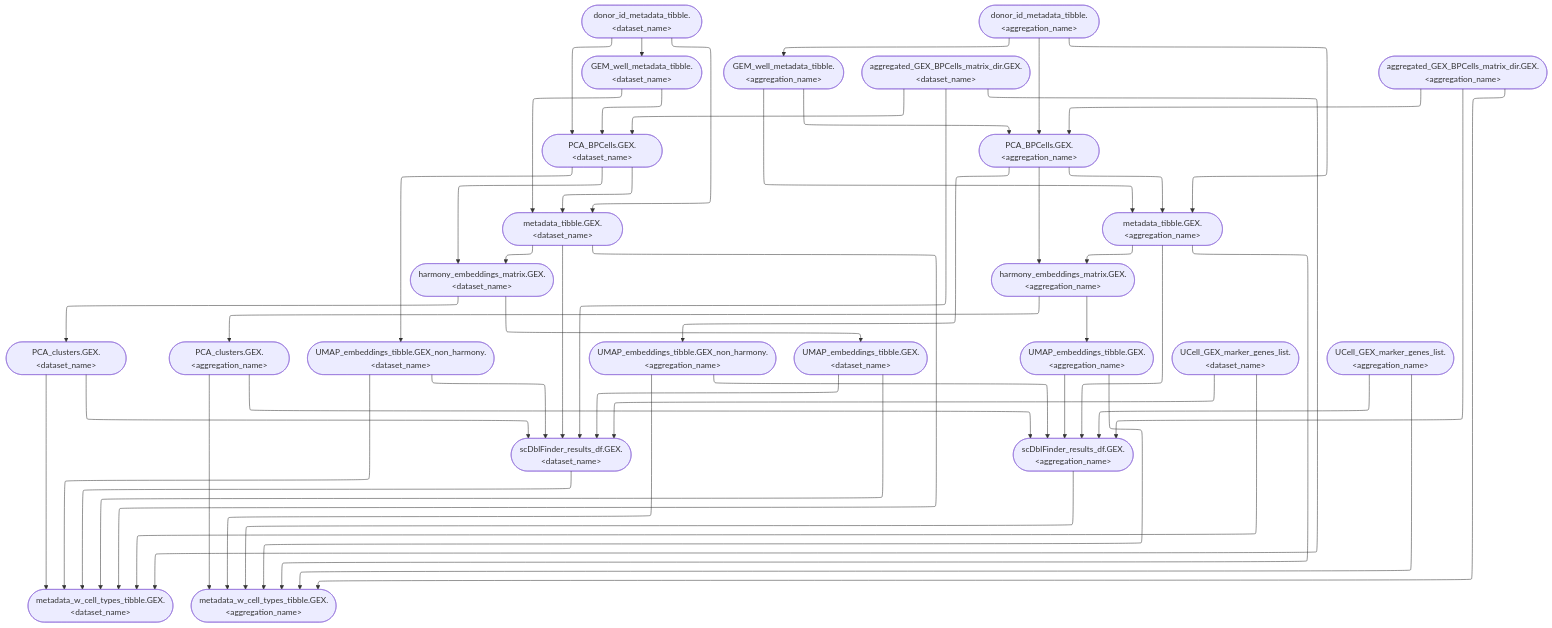
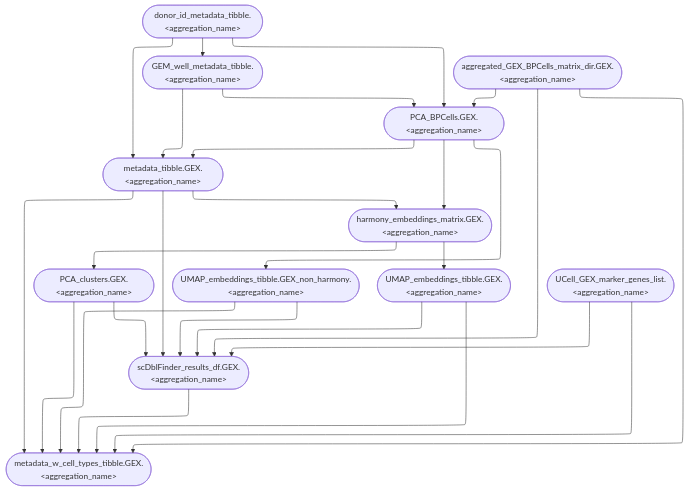
The diagram in website/figures/human_curated/GEX_v2.mmd (koefoeden/multiomeR), drawn with Mermaid before and after one commit. The commit also changed 22 other files, not shown here.

```diff
--- a/website/figures/human_curated/GEX_v2.mmd
+++ b/website/figures/human_curated/GEX_v2.mmd
@@ -1,52 +1,27 @@
 %%{init: {'flowchart': {'defaultRenderer': 'elk'}}}%%
 flowchart TB
-  donor_id_metadata_tibble.muscle(["donor_id_metadata_tibble.&lt;dataset_name&gt;"]):::none --> GEM_well_metadata_tibble.muscle(["GEM_well_metadata_tibble.&lt;dataset_name&gt;"]):::none
-  donor_id_metadata_tibble.muscle_test(["donor_id_metadata_tibble.&lt;aggregation_name&gt;"]):::none --> GEM_well_metadata_tibble.muscle_test(["GEM_well_metadata_tibble.&lt;aggregation_name&gt;"]):::none
-  metadata_tibble.GEX.muscle(["metadata_tibble.GEX.&lt;dataset_name&gt;"]):::none --> harmony_embeddings_matrix.GEX.muscle(["harmony_embeddings_matrix.GEX.&lt;dataset_name&gt;"]):::none
-  PCA_BPCells.GEX.muscle(["PCA_BPCells.GEX.&lt;dataset_name&gt;"]):::none --> harmony_embeddings_matrix.GEX.muscle(["harmony_embeddings_matrix.GEX.&lt;dataset_name&gt;"]):::none
-  PCA_BPCells.GEX.muscle_test(["PCA_BPCells.GEX.&lt;aggregation_name&gt;"]):::none --> harmony_embeddings_matrix.GEX.muscle_test(["harmony_embeddings_matrix.GEX.&lt;aggregation_name&gt;"]):::none
-  metadata_tibble.GEX.muscle_test(["metadata_tibble.GEX.&lt;aggregation_name&gt;"]):::none --> harmony_embeddings_matrix.GEX.muscle_test(["harmony_embeddings_matrix.GEX.&lt;aggregation_name&gt;"]):::none
-  donor_id_metadata_tibble.muscle(["donor_id_metadata_tibble.&lt;dataset_name&gt;"]):::none --> metadata_tibble.GEX.muscle(["metadata_tibble.GEX.&lt;dataset_name&gt;"]):::none
-  GEM_well_metadata_tibble.muscle(["GEM_well_metadata_tibble.&lt;dataset_name&gt;"]):::none --> metadata_tibble.GEX.muscle(["metadata_tibble.GEX.&lt;dataset_name&gt;"]):::none
-  PCA_BPCells.GEX.muscle(["PCA_BPCells.GEX.&lt;dataset_name&gt;"]):::none --> metadata_tibble.GEX.muscle(["metadata_tibble.GEX.&lt;dataset_name&gt;"]):::none
-  GEM_well_metadata_tibble.muscle_test(["GEM_well_metadata_tibble.&lt;aggregation_name&gt;"]):::none --> metadata_tibble.GEX.muscle_test(["metadata_tibble.GEX.&lt;aggregation_name&gt;"]):::none
-  donor_id_metadata_tibble.muscle_test(["donor_id_metadata_tibble.&lt;aggregation_name&gt;"]):::none --> metadata_tibble.GEX.muscle_test(["metadata_tibble.GEX.&lt;aggregation_name&gt;"]):::none
-  PCA_BPCells.GEX.muscle_test(["PCA_BPCells.GEX.&lt;aggregation_name&gt;"]):::none --> metadata_tibble.GEX.muscle_test(["metadata_tibble.GEX.&lt;aggregation_name&gt;"]):::none
-  scDblFinder_results_df.GEX.muscle(["scDblFinder_results_df.GEX.&lt;dataset_name&gt;"]):::none --> metadata_w_cell_types_tibble.GEX.muscle(["metadata_w_cell_types_tibble.GEX.&lt;dataset_name&gt;"]):::none
-  scDblFinder_results_df.GEX.muscle_test(["scDblFinder_results_df.GEX.&lt;aggregation_name&gt;"]):::none --> metadata_w_cell_types_tibble.GEX.muscle_test(["metadata_w_cell_types_tibble.GEX.&lt;aggregation_name&gt;"]):::none
-  donor_id_metadata_tibble.muscle(["donor_id_metadata_tibble.&lt;dataset_name&gt;"]):::none --> PCA_BPCells.GEX.muscle(["PCA_BPCells.GEX.&lt;dataset_name&gt;"]):::none
-  GEM_well_metadata_tibble.muscle(["GEM_well_metadata_tibble.&lt;dataset_name&gt;"]):::none --> PCA_BPCells.GEX.muscle(["PCA_BPCells.GEX.&lt;dataset_name&gt;"]):::none
-  donor_id_metadata_tibble.muscle_test(["donor_id_metadata_tibble.&lt;aggregation_name&gt;"]):::none --> PCA_BPCells.GEX.muscle_test(["PCA_BPCells.GEX.&lt;aggregation_name&gt;"]):::none
-  GEM_well_metadata_tibble.muscle_test(["GEM_well_metadata_tibble.&lt;aggregation_name&gt;"]):::none --> PCA_BPCells.GEX.muscle_test(["PCA_BPCells.GEX.&lt;aggregation_name&gt;"]):::none
-  harmony_embeddings_matrix.GEX.muscle(["harmony_embeddings_matrix.GEX.&lt;dataset_name&gt;"]):::none --> PCA_clusters.GEX.muscle(["PCA_clusters.GEX.&lt;dataset_name&gt;"]):::none
-  harmony_embeddings_matrix.GEX.muscle_test(["harmony_embeddings_matrix.GEX.&lt;aggregation_name&gt;"]):::none --> PCA_clusters.GEX.muscle_test(["PCA_clusters.GEX.&lt;aggregation_name&gt;"]):::none
-  PCA_BPCells.GEX.muscle(["PCA_BPCells.GEX.&lt;dataset_name&gt;"]):::none --> UMAP_embeddings_tibble.GEX_non_harmony.muscle(["UMAP_embeddings_tibble.GEX_non_harmony.&lt;dataset_name&gt;"]):::none
-  PCA_BPCells.GEX.muscle_test(["PCA_BPCells.GEX.&lt;aggregation_name&gt;"]):::none --> UMAP_embeddings_tibble.GEX_non_harmony.muscle_test(["UMAP_embeddings_tibble.GEX_non_harmony.&lt;aggregation_name&gt;"]):::none
-  harmony_embeddings_matrix.GEX.muscle(["harmony_embeddings_matrix.GEX.&lt;dataset_name&gt;"]):::none --> UMAP_embeddings_tibble.GEX.muscle(["UMAP_embeddings_tibble.GEX.&lt;dataset_name&gt;"]):::none
-  harmony_embeddings_matrix.GEX.muscle_test(["harmony_embeddings_matrix.GEX.&lt;aggregation_name&gt;"]):::none --> UMAP_embeddings_tibble.GEX.muscle_test(["UMAP_embeddings_tibble.GEX.&lt;aggregation_name&gt;"]):::none
-  aggregated_GEX_BPCells_matrix_dir.GEX.muscle(["aggregated_GEX_BPCells_matrix_dir.GEX.&lt;dataset_name&gt;"]):::none --> PCA_BPCells.GEX.muscle(["PCA_BPCells.GEX.&lt;dataset_name&gt;"]):::none
-  aggregated_GEX_BPCells_matrix_dir.GEX.muscle(["aggregated_GEX_BPCells_matrix_dir.GEX.&lt;dataset_name&gt;"]):::none --> metadata_w_cell_types_tibble.GEX.muscle(["metadata_w_cell_types_tibble.GEX.&lt;dataset_name&gt;"]):::none
-  aggregated_GEX_BPCells_matrix_dir.GEX.muscle(["aggregated_GEX_BPCells_matrix_dir.GEX.&lt;dataset_name&gt;"]):::none --> scDblFinder_results_df.GEX.muscle(["scDblFinder_results_df.GEX.&lt;dataset_name&gt;"]):::none
-  aggregated_GEX_BPCells_matrix_dir.GEX.muscle_test(["aggregated_GEX_BPCells_matrix_dir.GEX.&lt;aggregation_name&gt;"]):::none --> PCA_BPCells.GEX.muscle_test(["PCA_BPCells.GEX.&lt;aggregation_name&gt;"]):::none
-  aggregated_GEX_BPCells_matrix_dir.GEX.muscle_test(["aggregated_GEX_BPCells_matrix_dir.GEX.&lt;aggregation_name&gt;"]):::none --> metadata_w_cell_types_tibble.GEX.muscle_test(["metadata_w_cell_types_tibble.GEX.&lt;aggregation_name&gt;"]):::none
-  aggregated_GEX_BPCells_matrix_dir.GEX.muscle_test(["aggregated_GEX_BPCells_matrix_dir.GEX.&lt;aggregation_name&gt;"]):::none --> scDblFinder_results_df.GEX.muscle_test(["scDblFinder_results_df.GEX.&lt;aggregation_name&gt;"]):::none
-  UCell_GEX_marker_genes_list.muscle(["UCell_GEX_marker_genes_list.&lt;dataset_name&gt;"]):::none --> metadata_w_cell_types_tibble.GEX.muscle(["metadata_w_cell_types_tibble.GEX.&lt;dataset_name&gt;"]):::none
-  UMAP_embeddings_tibble.GEX.muscle(["UMAP_embeddings_tibble.GEX.&lt;dataset_name&gt;"]):::none --> metadata_w_cell_types_tibble.GEX.muscle(["metadata_w_cell_types_tibble.GEX.&lt;dataset_name&gt;"]):::none
-  PCA_clusters.GEX.muscle(["PCA_clusters.GEX.&lt;dataset_name&gt;"]):::none --> metadata_w_cell_types_tibble.GEX.muscle(["metadata_w_cell_types_tibble.GEX.&lt;dataset_name&gt;"]):::none
-  metadata_tibble.GEX.muscle(["metadata_tibble.GEX.&lt;dataset_name&gt;"]):::none --> metadata_w_cell_types_tibble.GEX.muscle(["metadata_w_cell_types_tibble.GEX.&lt;dataset_name&gt;"]):::none
-  UMAP_embeddings_tibble.GEX_non_harmony.muscle(["UMAP_embeddings_tibble.GEX_non_harmony.&lt;dataset_name&gt;"]):::none --> metadata_w_cell_types_tibble.GEX.muscle(["metadata_w_cell_types_tibble.GEX.&lt;dataset_name&gt;"]):::none
-  UCell_GEX_marker_genes_list.muscle(["UCell_GEX_marker_genes_list.&lt;dataset_name&gt;"]):::none --> scDblFinder_results_df.GEX.muscle(["scDblFinder_results_df.GEX.&lt;dataset_name&gt;"]):::none
-  UMAP_embeddings_tibble.GEX.muscle(["UMAP_embeddings_tibble.GEX.&lt;dataset_name&gt;"]):::none --> scDblFinder_results_df.GEX.muscle(["scDblFinder_results_df.GEX.&lt;dataset_name&gt;"]):::none
-  PCA_clusters.GEX.muscle(["PCA_clusters.GEX.&lt;dataset_name&gt;"]):::none --> scDblFinder_results_df.GEX.muscle(["scDblFinder_results_df.GEX.&lt;dataset_name&gt;"]):::none
-  metadata_tibble.GEX.muscle(["metadata_tibble.GEX.&lt;dataset_name&gt;"]):::none --> scDblFinder_results_df.GEX.muscle(["scDblFinder_results_df.GEX.&lt;dataset_name&gt;"]):::none
-  UMAP_embeddings_tibble.GEX_non_harmony.muscle(["UMAP_embeddings_tibble.GEX_non_harmony.&lt;dataset_name&gt;"]):::none --> scDblFinder_results_df.GEX.muscle(["scDblFinder_results_df.GEX.&lt;dataset_name&gt;"]):::none
-  UCell_GEX_marker_genes_list.muscle_test(["UCell_GEX_marker_genes_list.&lt;aggregation_name&gt;"]):::none --> metadata_w_cell_types_tibble.GEX.muscle_test(["metadata_w_cell_types_tibble.GEX.&lt;aggregation_name&gt;"]):::none
-  metadata_tibble.GEX.muscle_test(["metadata_tibble.GEX.&lt;aggregation_name&gt;"]):::none --> metadata_w_cell_types_tibble.GEX.muscle_test(["metadata_w_cell_types_tibble.GEX.&lt;aggregation_name&gt;"]):::none
-  UMAP_embeddings_tibble.GEX.muscle_test(["UMAP_embeddings_tibble.GEX.&lt;aggregation_name&gt;"]):::none --> metadata_w_cell_types_tibble.GEX.muscle_test(["metadata_w_cell_types_tibble.GEX.&lt;aggregation_name&gt;"]):::none
-  PCA_clusters.GEX.muscle_test(["PCA_clusters.GEX.&lt;aggregation_name&gt;"]):::none --> metadata_w_cell_types_tibble.GEX.muscle_test(["metadata_w_cell_types_tibble.GEX.&lt;aggregation_name&gt;"]):::none
-  UMAP_embeddings_tibble.GEX_non_harmony.muscle_test(["UMAP_embeddings_tibble.GEX_non_harmony.&lt;aggregation_name&gt;"]):::none --> metadata_w_cell_types_tibble.GEX.muscle_test(["metadata_w_cell_types_tibble.GEX.&lt;aggregation_name&gt;"]):::none
-  UCell_GEX_marker_genes_list.muscle_test(["UCell_GEX_marker_genes_list.&lt;aggregation_name&gt;"]):::none --> scDblFinder_results_df.GEX.muscle_test(["scDblFinder_results_df.GEX.&lt;aggregation_name&gt;"]):::none
-  metadata_tibble.GEX.muscle_test(["metadata_tibble.GEX.&lt;aggregation_name&gt;"]):::none --> scDblFinder_results_df.GEX.muscle_test(["scDblFinder_results_df.GEX.&lt;aggregation_name&gt;"]):::none
-  UMAP_embeddings_tibble.GEX.muscle_test(["UMAP_embeddings_tibble.GEX.&lt;aggregation_name&gt;"]):::none --> scDblFinder_results_df.GEX.muscle_test(["scDblFinder_results_df.GEX.&lt;aggregation_name&gt;"]):::none
-  PCA_clusters.GEX.muscle_test(["PCA_clusters.GEX.&lt;aggregation_name&gt;"]):::none --> scDblFinder_results_df.GEX.muscle_test(["scDblFinder_results_df.GEX.&lt;aggregation_name&gt;"]):::none
-  UMAP_embeddings_tibble.GEX_non_harmony.muscle_test(["UMAP_embeddings_tibble.GEX_non_harmony.&lt;aggregation_name&gt;"]):::none --> scDblFinder_results_df.GEX.muscle_test(["scDblFinder_results_df.GEX.&lt;aggregation_name&gt;"]):::none
+  donor_id_metadata_tibble.brain_mouse(["donor_id_metadata_tibble.&lt;aggregation_name&gt;"]):::none --> GEM_well_metadata_tibble.brain_mouse(["GEM_well_metadata_tibble.&lt;aggregation_name&gt;"]):::none
+  PCA_BPCells.GEX.brain_mouse(["PCA_BPCells.GEX.&lt;aggregation_name&gt;"]):::none --> harmony_embeddings_matrix.GEX.brain_mouse(["harmony_embeddings_matrix.GEX.&lt;aggregation_name&gt;"]):::none
+  metadata_tibble.GEX.brain_mouse(["metadata_tibble.GEX.&lt;aggregation_name&gt;"]):::none --> harmony_embeddings_matrix.GEX.brain_mouse(["harmony_embeddings_matrix.GEX.&lt;aggregation_name&gt;"]):::none
+  PCA_BPCells.GEX.brain_mouse(["PCA_BPCells.GEX.&lt;aggregation_name&gt;"]):::none --> metadata_tibble.GEX.brain_mouse(["metadata_tibble.GEX.&lt;aggregation_name&gt;"]):::none
+  donor_id_metadata_tibble.brain_mouse(["donor_id_metadata_tibble.&lt;aggregation_name&gt;"]):::none --> metadata_tibble.GEX.brain_mouse(["metadata_tibble.GEX.&lt;aggregation_name&gt;"]):::none
+  GEM_well_metadata_tibble.brain_mouse(["GEM_well_metadata_tibble.&lt;aggregation_name&gt;"]):::none --> metadata_tibble.GEX.brain_mouse(["metadata_tibble.GEX.&lt;aggregation_name&gt;"]):::none
+  scDblFinder_results_df.GEX.brain_mouse(["scDblFinder_results_df.GEX.&lt;aggregation_name&gt;"]):::none --> metadata_w_cell_types_tibble.GEX.brain_mouse(["metadata_w_cell_types_tibble.GEX.&lt;aggregation_name&gt;"]):::none
+  GEM_well_metadata_tibble.brain_mouse(["GEM_well_metadata_tibble.&lt;aggregation_name&gt;"]):::none --> PCA_BPCells.GEX.brain_mouse(["PCA_BPCells.GEX.&lt;aggregation_name&gt;"]):::none
+  donor_id_metadata_tibble.brain_mouse(["donor_id_metadata_tibble.&lt;aggregation_name&gt;"]):::none --> PCA_BPCells.GEX.brain_mouse(["PCA_BPCells.GEX.&lt;aggregation_name&gt;"]):::none
+  harmony_embeddings_matrix.GEX.brain_mouse(["harmony_embeddings_matrix.GEX.&lt;aggregation_name&gt;"]):::none --> PCA_clusters.GEX.brain_mouse(["PCA_clusters.GEX.&lt;aggregation_name&gt;"]):::none
+  PCA_BPCells.GEX.brain_mouse(["PCA_BPCells.GEX.&lt;aggregation_name&gt;"]):::none --> UMAP_embeddings_tibble.GEX_non_harmony.brain_mouse(["UMAP_embeddings_tibble.GEX_non_harmony.&lt;aggregation_name&gt;"]):::none
+  harmony_embeddings_matrix.GEX.brain_mouse(["harmony_embeddings_matrix.GEX.&lt;aggregation_name&gt;"]):::none --> UMAP_embeddings_tibble.GEX.brain_mouse(["UMAP_embeddings_tibble.GEX.&lt;aggregation_name&gt;"]):::none
+  aggregated_GEX_BPCells_matrix_dir.GEX.brain_mouse(["aggregated_GEX_BPCells_matrix_dir.GEX.&lt;aggregation_name&gt;"]):::none --> PCA_BPCells.GEX.brain_mouse(["PCA_BPCells.GEX.&lt;aggregation_name&gt;"]):::none
+  aggregated_GEX_BPCells_matrix_dir.GEX.brain_mouse(["aggregated_GEX_BPCells_matrix_dir.GEX.&lt;aggregation_name&gt;"]):::none --> metadata_w_cell_types_tibble.GEX.brain_mouse(["metadata_w_cell_types_tibble.GEX.&lt;aggregation_name&gt;"]):::none
+  aggregated_GEX_BPCells_matrix_dir.GEX.brain_mouse(["aggregated_GEX_BPCells_matrix_dir.GEX.&lt;aggregation_name&gt;"]):::none --> scDblFinder_results_df.GEX.brain_mouse(["scDblFinder_results_df.GEX.&lt;aggregation_name&gt;"]):::none
+  UCell_GEX_marker_genes_list.brain_mouse(["UCell_GEX_marker_genes_list.&lt;aggregation_name&gt;"]):::none --> metadata_w_cell_types_tibble.GEX.brain_mouse(["metadata_w_cell_types_tibble.GEX.&lt;aggregation_name&gt;"]):::none
+  metadata_tibble.GEX.brain_mouse(["metadata_tibble.GEX.&lt;aggregation_name&gt;"]):::none --> metadata_w_cell_types_tibble.GEX.brain_mouse(["metadata_w_cell_types_tibble.GEX.&lt;aggregation_name&gt;"]):::none
+  UMAP_embeddings_tibble.GEX.brain_mouse(["UMAP_embeddings_tibble.GEX.&lt;aggregation_name&gt;"]):::none --> metadata_w_cell_types_tibble.GEX.brain_mouse(["metadata_w_cell_types_tibble.GEX.&lt;aggregation_name&gt;"]):::none
+  UMAP_embeddings_tibble.GEX_non_harmony.brain_mouse(["UMAP_embeddings_tibble.GEX_non_harmony.&lt;aggregation_name&gt;"]):::none --> metadata_w_cell_types_tibble.GEX.brain_mouse(["metadata_w_cell_types_tibble.GEX.&lt;aggregation_name&gt;"]):::none
+  PCA_clusters.GEX.brain_mouse(["PCA_clusters.GEX.&lt;aggregation_name&gt;"]):::none --> metadata_w_cell_types_tibble.GEX.brain_mouse(["metadata_w_cell_types_tibble.GEX.&lt;aggregation_name&gt;"]):::none
+  UCell_GEX_marker_genes_list.brain_mouse(["UCell_GEX_marker_genes_list.&lt;aggregation_name&gt;"]):::none --> scDblFinder_results_df.GEX.brain_mouse(["scDblFinder_results_df.GEX.&lt;aggregation_name&gt;"]):::none
+  metadata_tibble.GEX.brain_mouse(["metadata_tibble.GEX.&lt;aggregation_name&gt;"]):::none --> scDblFinder_results_df.GEX.brain_mouse(["scDblFinder_results_df.GEX.&lt;aggregation_name&gt;"]):::none
+  UMAP_embeddings_tibble.GEX.brain_mouse(["UMAP_embeddings_tibble.GEX.&lt;aggregation_name&gt;"]):::none --> scDblFinder_results_df.GEX.brain_mouse(["scDblFinder_results_df.GEX.&lt;aggregation_name&gt;"]):::none
+  UMAP_embeddings_tibble.GEX_non_harmony.brain_mouse(["UMAP_embeddings_tibble.GEX_non_harmony.&lt;aggregation_name&gt;"]):::none --> scDblFinder_results_df.GEX.brain_mouse(["scDblFinder_results_df.GEX.&lt;aggregation_name&gt;"]):::none
+  PCA_clusters.GEX.brain_mouse(["PCA_clusters.GEX.&lt;aggregation_name&gt;"]):::none --> scDblFinder_results_df.GEX.brain_mouse(["scDblFinder_results_df.GEX.&lt;aggregation_name&gt;"]):::none
```
